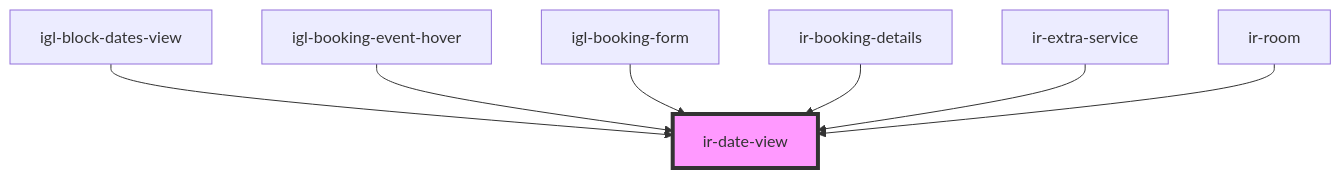
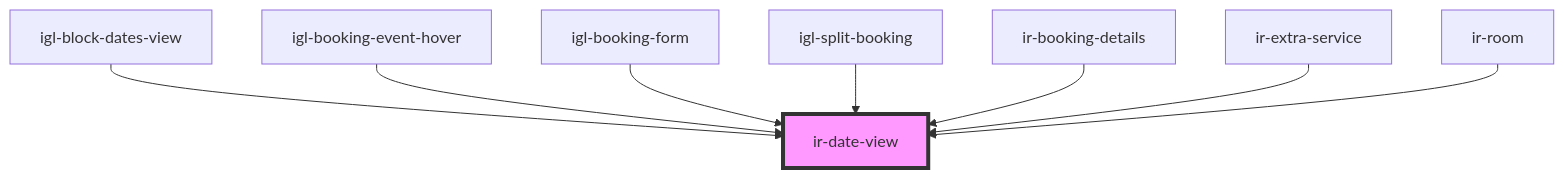
One commit to David1Chowaifaty/modified-ir-webcmp changed the diagram in src/components/ir-date-view/readme.md. Above: the diagram before and after it, drawn with Mermaid. The commit also changed other lines of this file and 50 other files, not shown here.

First line of the commit message:
Update igloo-calendar and booking components to enhance split booking functionality

````diff
--- a/src/components/ir-date-view/readme.md
+++ b/src/components/ir-date-view/readme.md
@@ -30,10 +31,11 @@
 ```mermaid
 graph TD;
   igl-block-dates-view --> ir-date-view
   igl-booking-event-hover --> ir-date-view
   igl-booking-form --> ir-date-view
+  igl-split-booking --> ir-date-view
   ir-booking-details --> ir-date-view
   ir-extra-service --> ir-date-view
   ir-room --> ir-date-view
   style ir-date-view fill:#f9f,stroke:#333,stroke-width:4px
 ```
````
